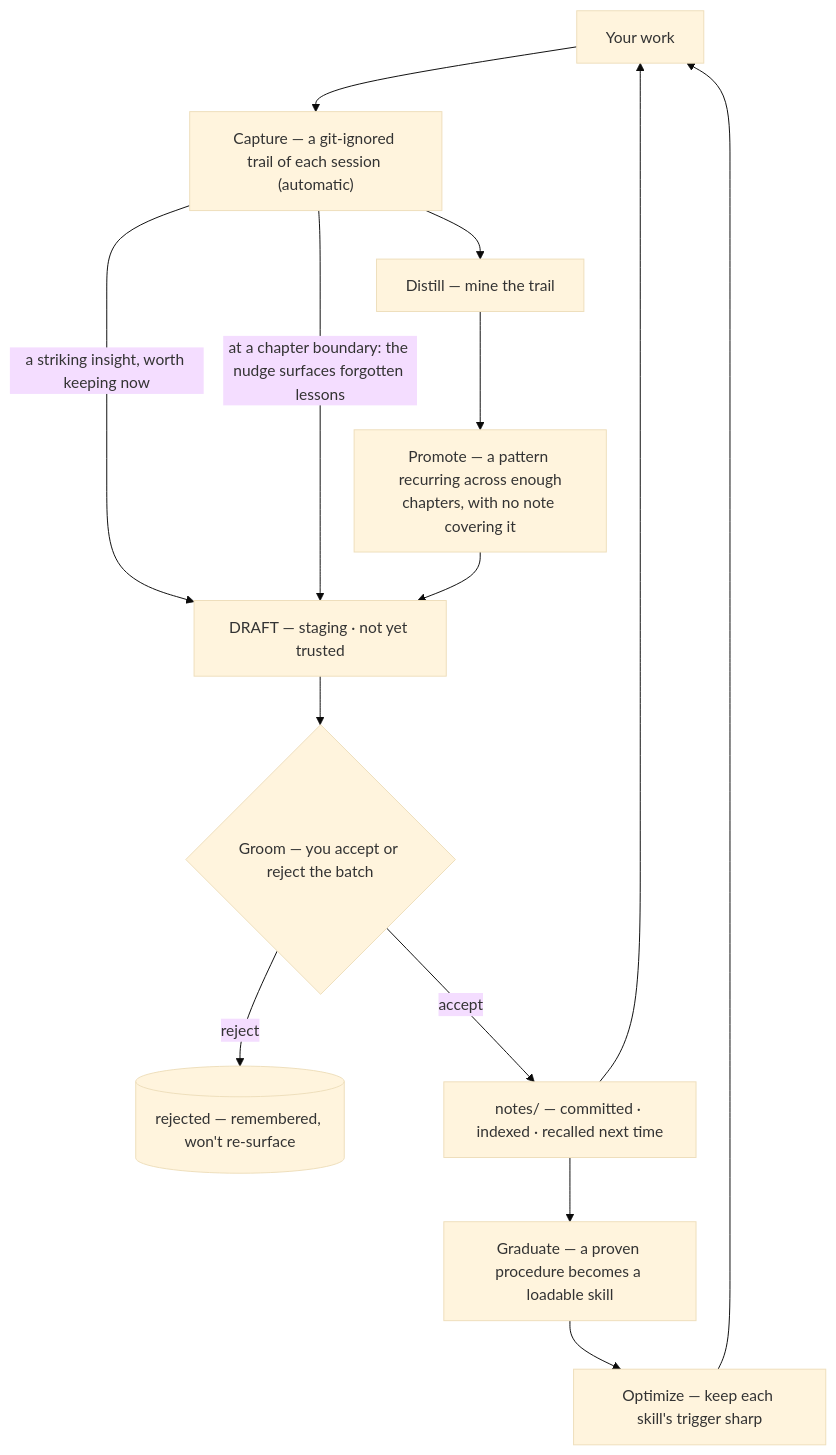
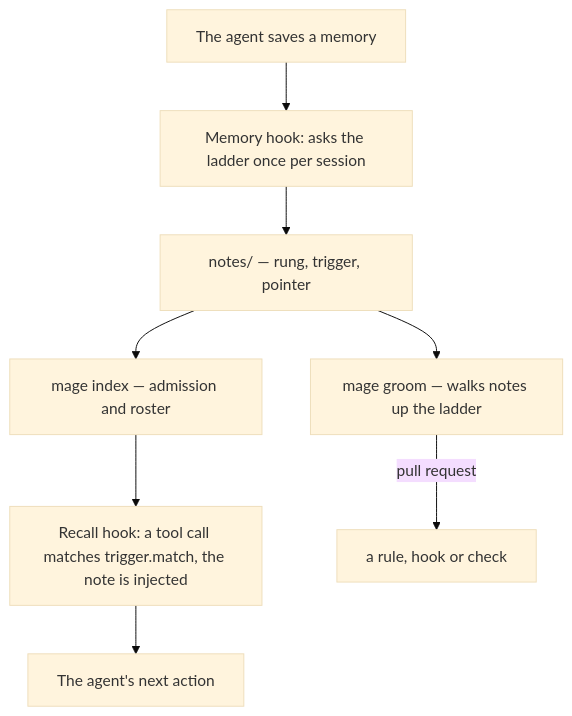
Before and after one commit to Sumit1993/mage-memory: the diagram in docs/src/content/docs/loop/overview.md, drawn with Mermaid (base theme). The commit also changed other lines of this file and 24 other files, not shown here.

Commit message:
docs(ladder): describe the ladder and recall at the action, drop the cut loop (#282)

````diff
--- a/docs/src/content/docs/loop/overview.md
+++ b/docs/src/content/docs/loop/overview.md
@@ -21,19 +26,10 @@
-```mermaid The self-grooming loop: your work is captured to a git-ignored trail, becomes a draft, you groom the draft into committed notes, and a proven note graduates into a skill whose trigger optimize keeps sharp — all feeding back into the work.
+```mermaid The ladder: a memory write asks the ladder once per session, a note that passes admission is recalled when a tool call matches its trigger, and mage groom walks existing notes up and lands the change by pull request.
 flowchart TD
-  work["Your work"] --> capture["Capture — a git-ignored trail of each session (automatic)"]
-
-  capture -->|"a striking insight, worth keeping now"| draft["DRAFT — staging · not yet trusted"]
-  capture -->|"at a chapter boundary: the nudge surfaces forgotten lessons"| draft
-  capture --> Distill["Distill — mine the trail"]
-  Distill --> Promote["Promote — a pattern recurring across enough<br/>chapters, with no note covering it"]
-  Promote --> draft
-
-  draft --> groom{"Groom — you accept or reject the batch"}
-  groom -->|reject| rej[("rejected — remembered, won't re-surface")]
-  groom -->|accept| notes["notes/ — committed · indexed · recalled next time"]
-
-  notes --> Graduate["Graduate — a proven procedure becomes a loadable skill"]
-  Graduate --> Optimize["Optimize — keep each skill's trigger sharp"]
-  Optimize --> work
-  notes --> work
+  save["The agent saves a memory"] --> gate["Memory hook: asks the ladder once per session"]
+  gate --> note["notes/ — rung, trigger, pointer"]
+  note --> idx["mage index — admission and roster"]
+  idx --> recall["Recall hook: a tool call matches trigger.match, the note is injected"]
+  recall --> work["The agent's next action"]
+  note --> groom["mage groom — walks notes up the ladder"]
+  groom -->|pull request| higher["a rule, hook or check"]
 ```
````
